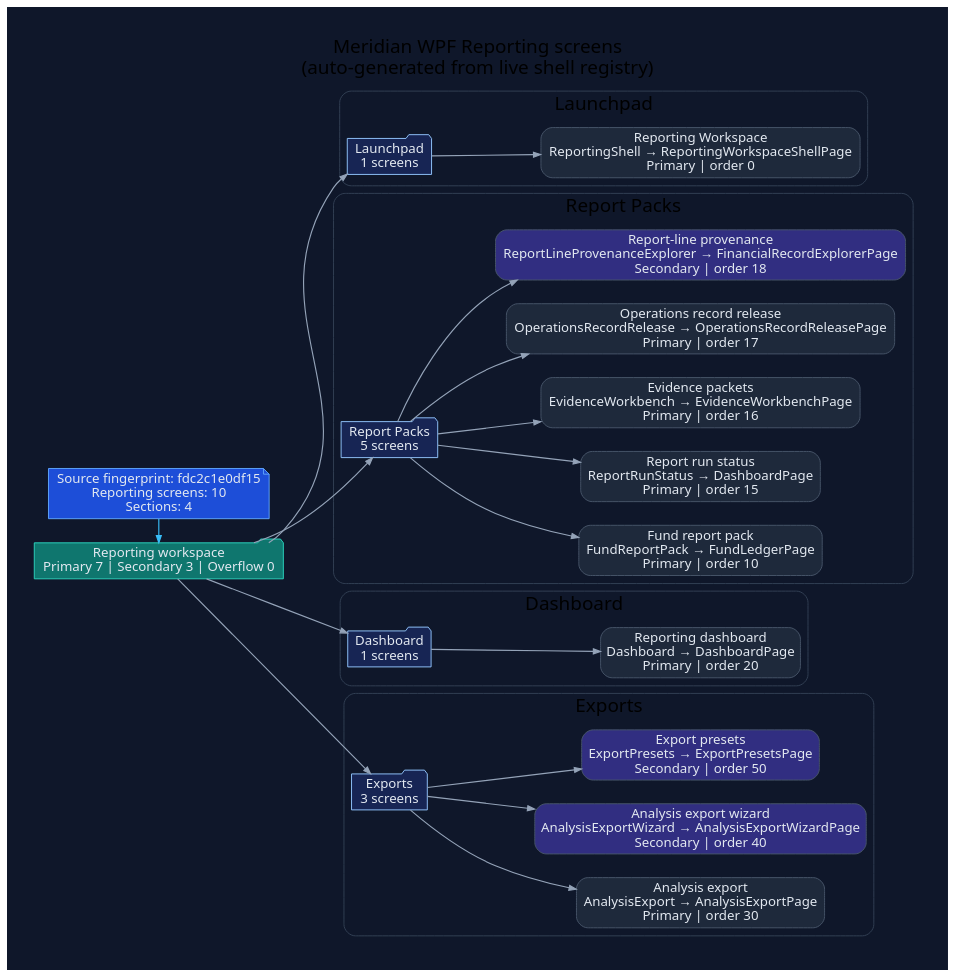
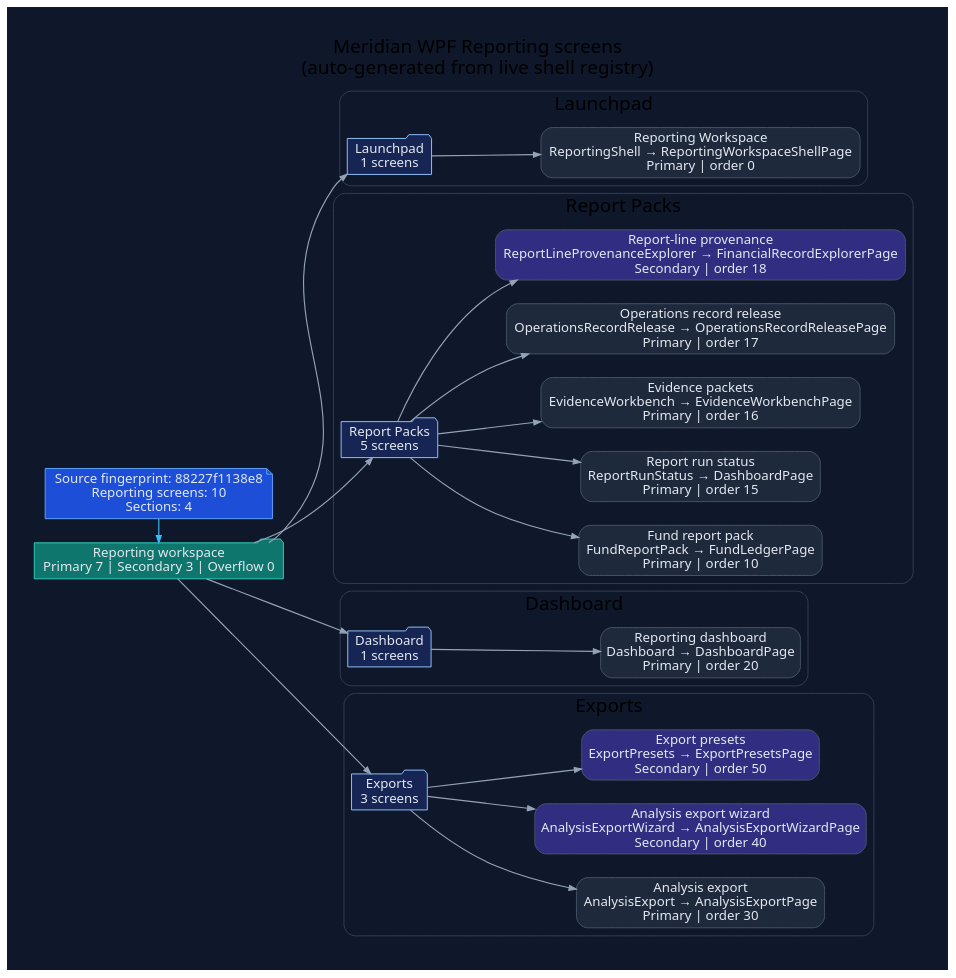
One commit to rodoHasArrived/Meridian-main changed the diagram in docs/diagrams/ui-wpf-screens-reporting.dot. Above: the diagram before and after it, drawn with Graphviz. The commit also changed 22 other files, not shown here.

First line of the commit message:
docs: apply CI generated-repair patch for WPF UI diagrams and repository tree

```diff
--- a/docs/diagrams/ui-wpf-screens-reporting.dot
+++ b/docs/diagrams/ui-wpf-screens-reporting.dot
@@ -1,78 +1,78 @@
 // -----------------------------------------------------------------------------
 // <auto-generated>
 // Generated by scripts/generate-diagrams.mjs.
 // Do not edit this file directly; update the WPF source files instead.
 // -----------------------------------------------------------------------------
 digraph WpfReportingScreens {
   graph [
     rankdir=LR,
     labelloc=t,
     label="Meridian WPF Reporting screens\n(auto-generated from live shell registry)",
     fontname="Segoe UI",
     fontsize=20,
     pad=0.4,
     nodesep=0.35,
     ranksep=0.85,
     bgcolor="#0f172a"
   ];
   node [fontname="Segoe UI", shape=box, style="rounded,filled", color="#475569", fontcolor="#e2e8f0", fillcolor="#1e293b"];
   edge [fontname="Segoe UI", color="#94a3b8", penwidth=1.2, arrowsize=0.75];
 
-  generated [shape=note, fillcolor="#1d4ed8", color="#60a5fa", label="Source fingerprint: fdc2c1e0df15\nReporting screens: 10\nSections: 4"];
+  generated [shape=note, fillcolor="#1d4ed8", color="#60a5fa", label="Source fingerprint: 88227f1138e8\nReporting screens: 10\nSections: 4"];
   workspace [shape=folder, fillcolor="#0f766e", color="#2dd4bf", label="Reporting workspace\nPrimary 7 | Secondary 3 | Overflow 0"];
   generated -> workspace [color="#38bdf8"];
 
   subgraph cluster_section_1 {
     label="Launchpad";
     color="#334155";
     style="rounded";
     section_1 [shape=folder, fillcolor="#172554", color="#93c5fd", label="Launchpad\n1 screens"];
     workspace -> section_1;
     screen_ReportingShell [fillcolor="#1e293b", label="Reporting Workspace\nReportingShell → ReportingWorkspaceShellPage\nPrimary | order 0"];
     section_1 -> screen_ReportingShell;
   }
 
   subgraph cluster_section_2 {
     label="Report Packs";
     color="#334155";
     style="rounded";
     section_2 [shape=folder, fillcolor="#172554", color="#93c5fd", label="Report Packs\n5 screens"];
     workspace -> section_2;
     screen_FundReportPack [fillcolor="#1e293b", label="Fund report pack\nFundReportPack → FundLedgerPage\nPrimary | order 10"];
     section_2 -> screen_FundReportPack;
     screen_ReportRunStatus [fillcolor="#1e293b", label="Report run status\nReportRunStatus → DashboardPage\nPrimary | order 15"];
     section_2 -> screen_ReportRunStatus;
     screen_EvidenceWorkbench [fillcolor="#1e293b", label="Evidence packets\nEvidenceWorkbench → EvidenceWorkbenchPage\nPrimary | order 16"];
     section_2 -> screen_EvidenceWorkbench;
     screen_OperationsRecordRelease [fillcolor="#1e293b", label="Operations record release\nOperationsRecordRelease → OperationsRecordReleasePage\nPrimary | order 17"];
     section_2 -> screen_OperationsRecordRelease;
     screen_ReportLineProvenanceExplorer [fillcolor="#312e81", label="Report-line provenance\nReportLineProvenanceExplorer → FinancialRecordExplorerPage\nSecondary | order 18"];
     section_2 -> screen_ReportLineProvenanceExplorer;
   }
 
   subgraph cluster_section_3 {
     label="Dashboard";
     color="#334155";
     style="rounded";
     section_3 [shape=folder, fillcolor="#172554", color="#93c5fd", label="Dashboard\n1 screens"];
     workspace -> section_3;
     screen_Dashboard [fillcolor="#1e293b", label="Reporting dashboard\nDashboard → DashboardPage\nPrimary | order 20"];
     section_3 -> screen_Dashboard;
   }
 
   subgraph cluster_section_4 {
     label="Exports";
     color="#334155";
     style="rounded";
     section_4 [shape=folder, fillcolor="#172554", color="#93c5fd", label="Exports\n3 screens"];
     workspace -> section_4;
     screen_AnalysisExport [fillcolor="#1e293b", label="Analysis export\nAnalysisExport → AnalysisExportPage\nPrimary | order 30"];
     section_4 -> screen_AnalysisExport;
     screen_AnalysisExportWizard [fillcolor="#312e81", label="Analysis export wizard\nAnalysisExportWizard → AnalysisExportWizardPage\nSecondary | order 40"];
     section_4 -> screen_AnalysisExportWizard;
     screen_ExportPresets [fillcolor="#312e81", label="Export presets\nExportPresets → ExportPresetsPage\nSecondary | order 50"];
     section_4 -> screen_ExportPresets;
   }
 
   { rank=min; generated; workspace; }
 }
```
